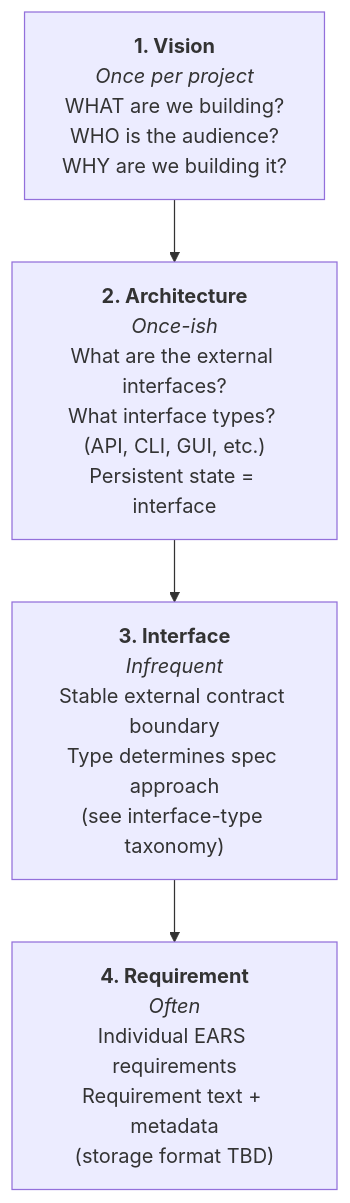
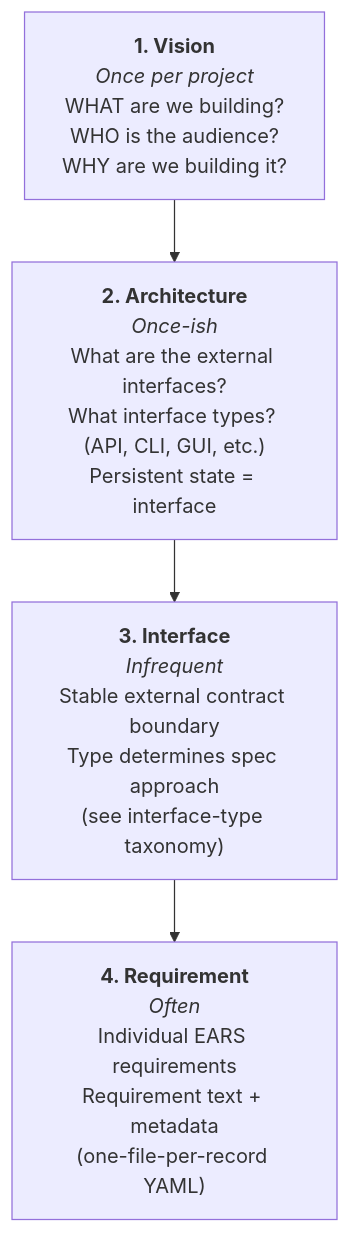
The second of 10 diagrams in docs/architecture/user-interaction-flow.md (redhat-et/ProtoBot), drawn with Mermaid before and after one commit. The commit also changed other lines of this file and 2 other files, not shown here.

First line of the commit message:
docs: update stale format references and fix broken anchor

````diff
--- a/docs/architecture/user-interaction-flow.md
+++ b/docs/architecture/user-interaction-flow.md
@@ -83,9 +83,9 @@
 ```mermaid
 flowchart TB
     V["<b>1. Vision</b><br/><i>Once per project</i><br/>WHAT are we building?<br/>WHO is the audience?<br/>WHY are we building it?"]
     Ar["<b>2. Architecture</b><br/><i>Once-ish</i><br/>What are the external interfaces?<br/>What interface types? (API, CLI, GUI, etc.)<br/>Persistent state = interface"]
     If["<b>3. Interface</b><br/><i>Infrequent</i><br/>Stable external contract boundary<br/>Type determines spec approach<br/>(see interface-type taxonomy)"]
-    Rq["<b>4. Requirement</b><br/><i>Often</i><br/>Individual EARS requirements<br/>Requirement text + metadata<br/>(storage format TBD)"]
+    Rq["<b>4. Requirement</b><br/><i>Often</i><br/>Individual EARS requirements<br/>Requirement text + metadata<br/>(one-file-per-record YAML)"]
 
     V --> Ar --> If --> Rq
 ```
````
